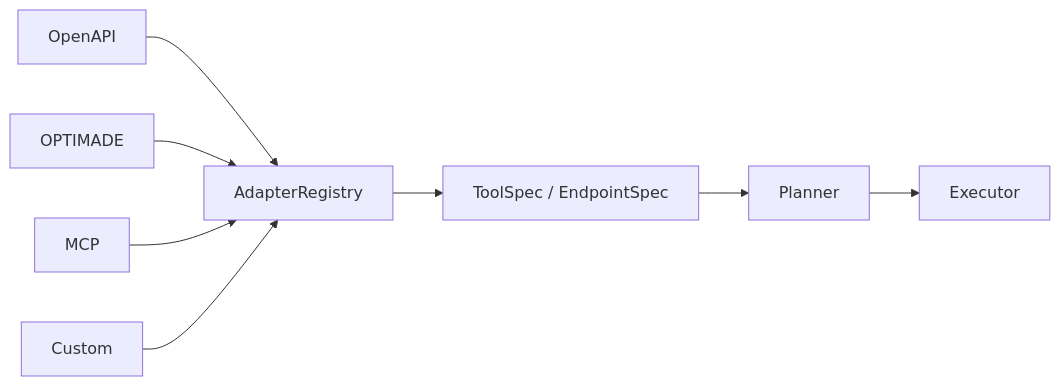
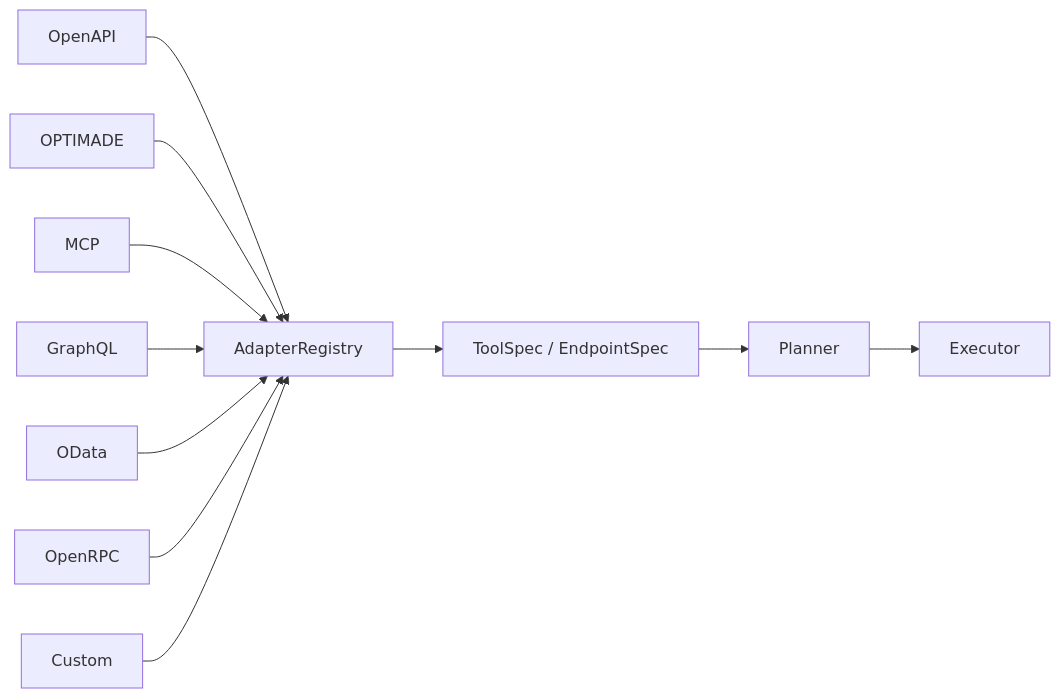
Before and after one commit to JDeun/SchemaRouter: the diagram in docs/concepts/adapters.md, drawn with Mermaid. The commit also changed other lines of this file, not shown here.

````diff
--- a/docs/concepts/adapters.md
+++ b/docs/concepts/adapters.md
@@ -5,8 +5,11 @@
 ```mermaid
 flowchart LR
     O1["OpenAPI"] --> AR["AdapterRegistry"]
     O2["OPTIMADE"] --> AR
     O3["MCP"] --> AR
-    O4["Custom"] --> AR
+    O4["GraphQL"] --> AR
+    O5["OData"] --> AR
+    O6["OpenRPC"] --> AR
+    O7["Custom"] --> AR
     AR --> TS["ToolSpec / EndpointSpec"] --> PL["Planner"] --> EX["Executor"]
 ```
````
